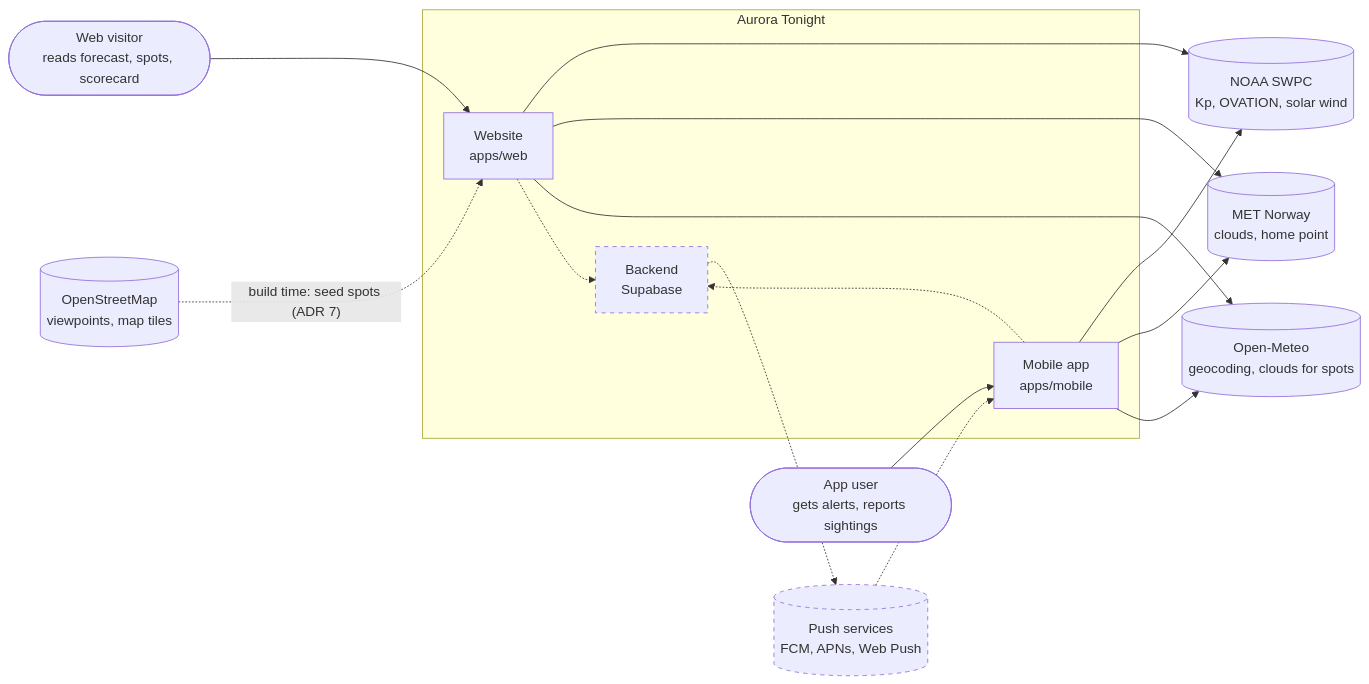
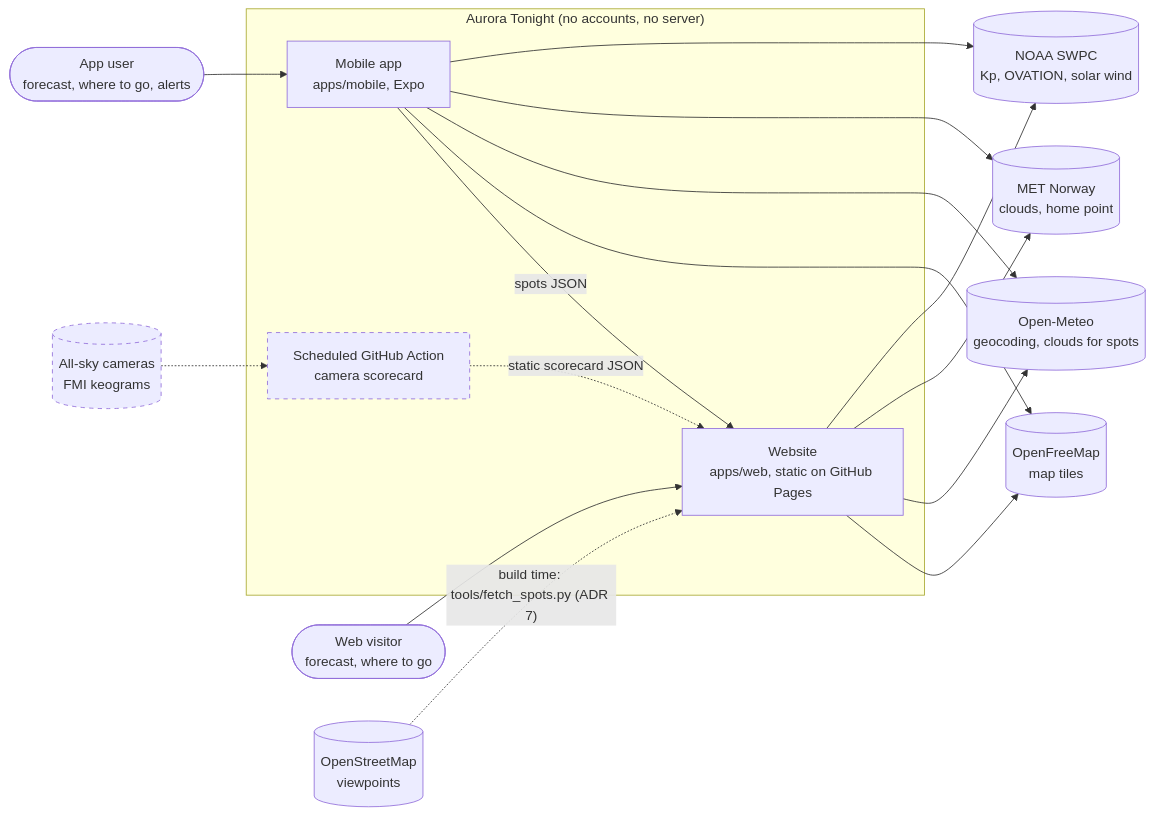
The diagram in docs/diagrams/01-system-context.md (Tang3n/aurora-tonight), drawn with Mermaid before and after one commit. The commit also changed other lines of this file and 22 other files, not shown here.

First line of the commit message:
ADR 14: no accounts, no backend; supersede ADRs 8-12

````diff
--- a/docs/diagrams/01-system-context.md
+++ b/docs/diagrams/01-system-context.md
@@ -8,28 +10,28 @@
 ```mermaid
 flowchart LR
-    visitor(["Web visitor<br/>reads forecast, spots, scorecard"])
-    hunter(["App user<br/>gets alerts, reports sightings"])
+    visitor(["Web visitor<br/>forecast, where to go"])
+    user(["App user<br/>forecast, where to go, alerts"])
 
-    subgraph aurora["Aurora Tonight"]
-        web["Website<br/>apps/web"]
-        app["Mobile app<br/>apps/mobile"]
-        backend["Backend<br/>Supabase"]:::planned
+    subgraph aurora["Aurora Tonight (no accounts, no server)"]
+        web["Website<br/>apps/web, static on GitHub Pages"]
+        app["Mobile app<br/>apps/mobile, Expo"]
+        job["Scheduled GitHub Action<br/>camera scorecard"]:::planned
     end
 
     noaa[("NOAA SWPC<br/>Kp, OVATION, solar wind")]
     met[("MET Norway<br/>clouds, home point")]
     om[("Open-Meteo<br/>geocoding, clouds for spots")]
-    osm[("OpenStreetMap<br/>viewpoints, map tiles")]
-    push[("Push services<br/>FCM, APNs, Web Push")]:::planned
+    tiles[("OpenFreeMap<br/>map tiles")]
+    osm[("OpenStreetMap<br/>viewpoints")]
+    cams[("All-sky cameras<br/>FMI keograms")]:::planned
 
     visitor --> web
-    hunter --> app
-    web --> noaa & met & om
-    app --> noaa & met & om
-    web -.-> backend
-    app -.-> backend
-    osm -. "build time: seed spots (ADR 7)" .-> web
-    backend -.-> push -.-> app
+    user --> app
+    web --> noaa & met & om & tiles
+    app --> noaa & met & om & tiles
+    app -- "spots JSON" --> web
+    osm -. "build time: tools/fetch_spots.py (ADR 7)" .-> web
+    cams -.-> job -. "static scorecard JSON" .-> web
 
     classDef planned stroke-dasharray: 5 5
 ```
````
